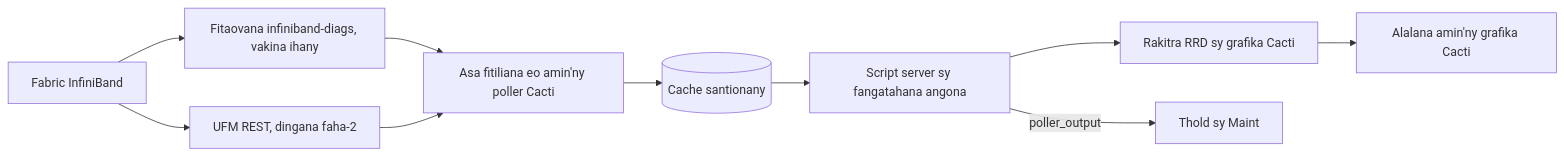
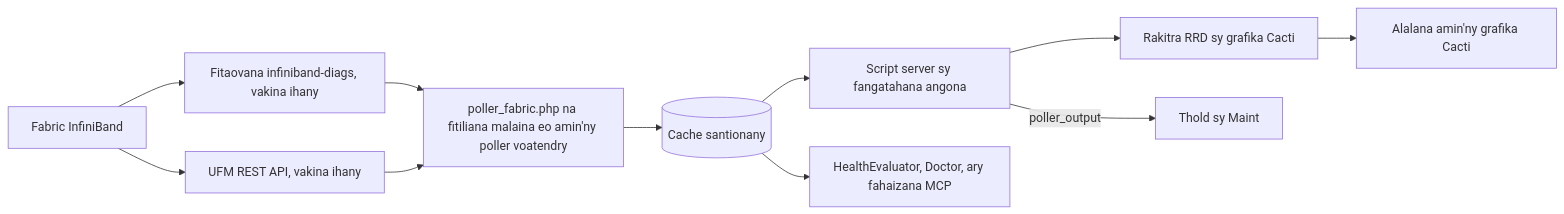
The diagram in docs/i18n/mg-MG/README.md (somethingwithproof/plugin_fabric), drawn with Mermaid before and after one commit. The commit also changed other lines of this file and 48 other files, not shown here.

````diff
--- a/docs/i18n/mg-MG/README.md
+++ b/docs/i18n/mg-MG/README.md
@@ -102,12 +132,13 @@
 ```mermaid
 flowchart LR
     F[Fabric InfiniBand] --> T[Fitaovana infiniband-diags, vakina ihany]
-    F --> U[UFM REST, dingana faha-2]
-    T --> S["Asa fitiliana eo amin'ny poller Cacti"]
+    F --> U[UFM REST API, vakina ihany]
+    T --> S[poller_fabric.php na fitiliana malaina eo amin'ny poller voatendry]
     U --> S
     S --> C[(Cache santionany)]
     C --> SS[Script server sy fangatahana angona]
     SS --> R[Rakitra RRD sy grafika Cacti]
     SS -->|poller_output| TH[Thold sy Maint]
-    R --> P["Alalana amin'ny grafika Cacti"]
+    C --> H[HealthEvaluator, Doctor, ary fahaizana MCP]
+    R --> P[Alalana amin'ny grafika Cacti]
 ```
````
